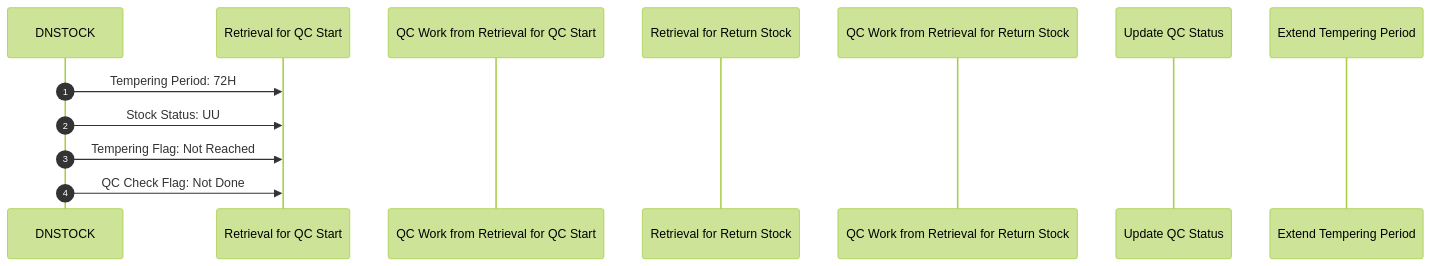
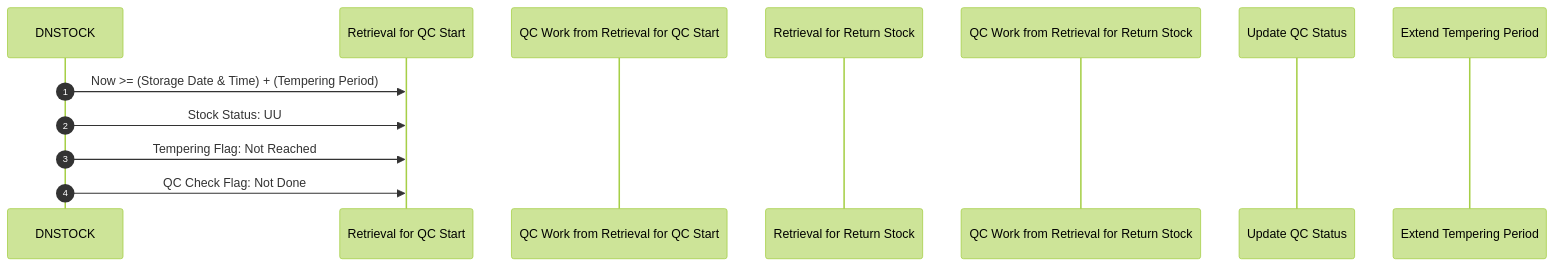
Before and after one commit to luthfiadityaa/SimeDarby-Wiki: the diagram in Basic-Design/DFD-WMS/Retrieval/QC-Setting.md, drawn with Mermaid (forest theme). The commit also changed other lines of this file, not shown here.

```diff
--- a/Basic-Design/DFD-WMS/Retrieval/QC-Setting.md
+++ b/Basic-Design/DFD-WMS/Retrieval/QC-Setting.md
@@ -10,21 +13,21 @@
 ::: mermaid
 sequenceDiagram
     autonumber
 
     participant DNSTOCK
     participant Retrieval for QC Start
     participant QC Work from Retrieval for QC Start
     participant Retrieval for Return Stock
     participant QC Work from Retrieval for Return Stock
     participant Update QC Status
     participant Extend Tempering Period
 
     %% --- 1. Tempering Periods Passed ---
-    DNSTOCK ->> Retrieval for QC Start: Tempering Period: 72H
+    DNSTOCK ->> Retrieval for QC Start: Now >= (Storage Date & Time) + (Tempering Period)
     DNSTOCK ->> Retrieval for QC Start: Stock Status: UU  
     DNSTOCK ->> Retrieval for QC Start: Tempering Flag: Not Reached 
     DNSTOCK ->> Retrieval for QC Start: QC Check Flag: Not Done
  
 
 
 :::
```
